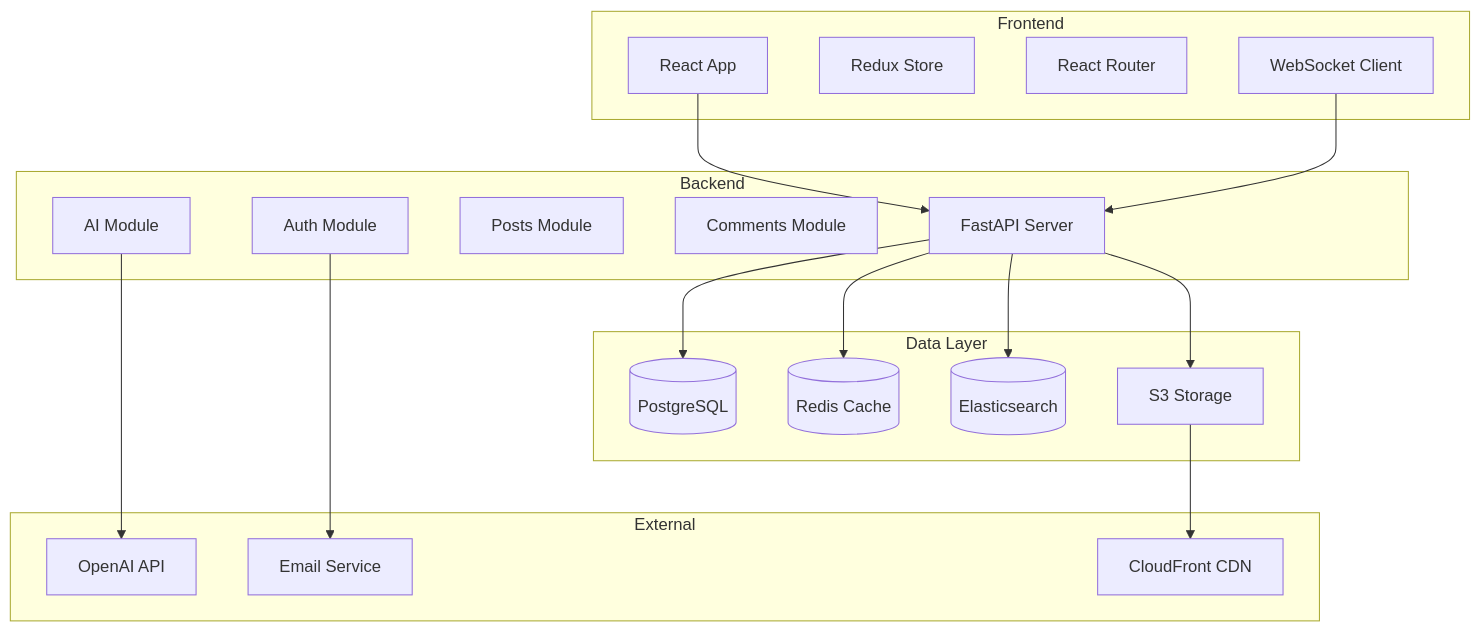
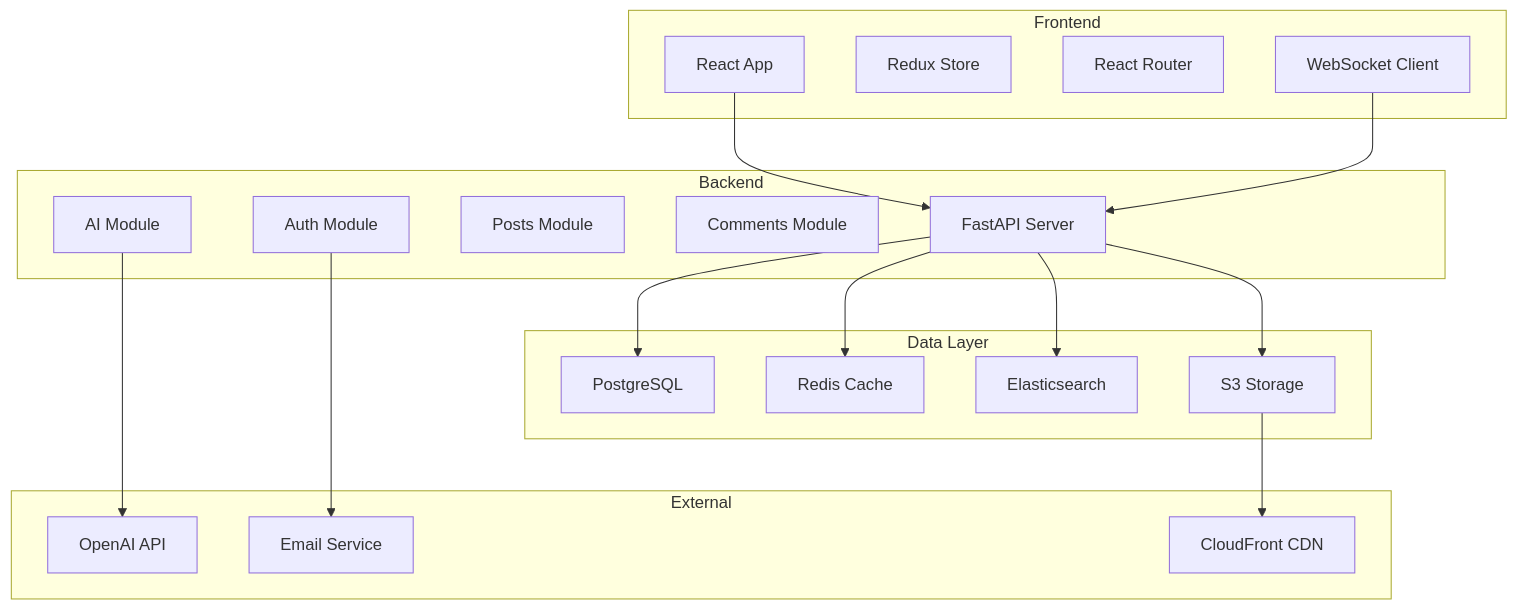
One commit to paulasilvatech/Mastery-AI-Apps-Dev changed the diagram in modules/module-07/exercises/exercise2-blog-platform/solution/README.md. Above: the diagram before and after it, drawn with Mermaid. The commit also changed 18 other files, not shown here.

Commit message:
Refactor diagram syntax in Module 07 documentation for consistency

````diff
--- a/modules/module-07/exercises/exercise2-blog-platform/solution/README.md
+++ b/modules/module-07/exercises/exercise2-blog-platform/solution/README.md
@@ -55,40 +55,40 @@
 ```mermaid
 graph TB
     subgraph Frontend
         React[React App]
         Redux[Redux Store]
         Router[React Router]
         WS[WebSocket Client]
     end
     
     subgraph Backend
         FastAPI[FastAPI Server]
         Auth[Auth Module]
         Posts[Posts Module]
         Comments[Comments Module]
         AI[AI Module]
     end
     
-    subgraph Data Layer
-        PG[(PostgreSQL)]
-        Redis[(Redis Cache)]
-        ES[(Elasticsearch)]
+    subgraph "Data Layer"
+        PG[PostgreSQL]
+        Redis[Redis Cache]
+        ES[Elasticsearch]
         S3[S3 Storage]
     end
     
     subgraph External
         OpenAI[OpenAI API]
         Email[Email Service]
         CDN[CloudFront CDN]
     end
     
     React --> FastAPI
     WS --> FastAPI
     FastAPI --> PG
     FastAPI --> Redis
     FastAPI --> ES
     FastAPI --> S3
     AI --> OpenAI
     Auth --> Email
     S3 --> CDN
 ```
````
